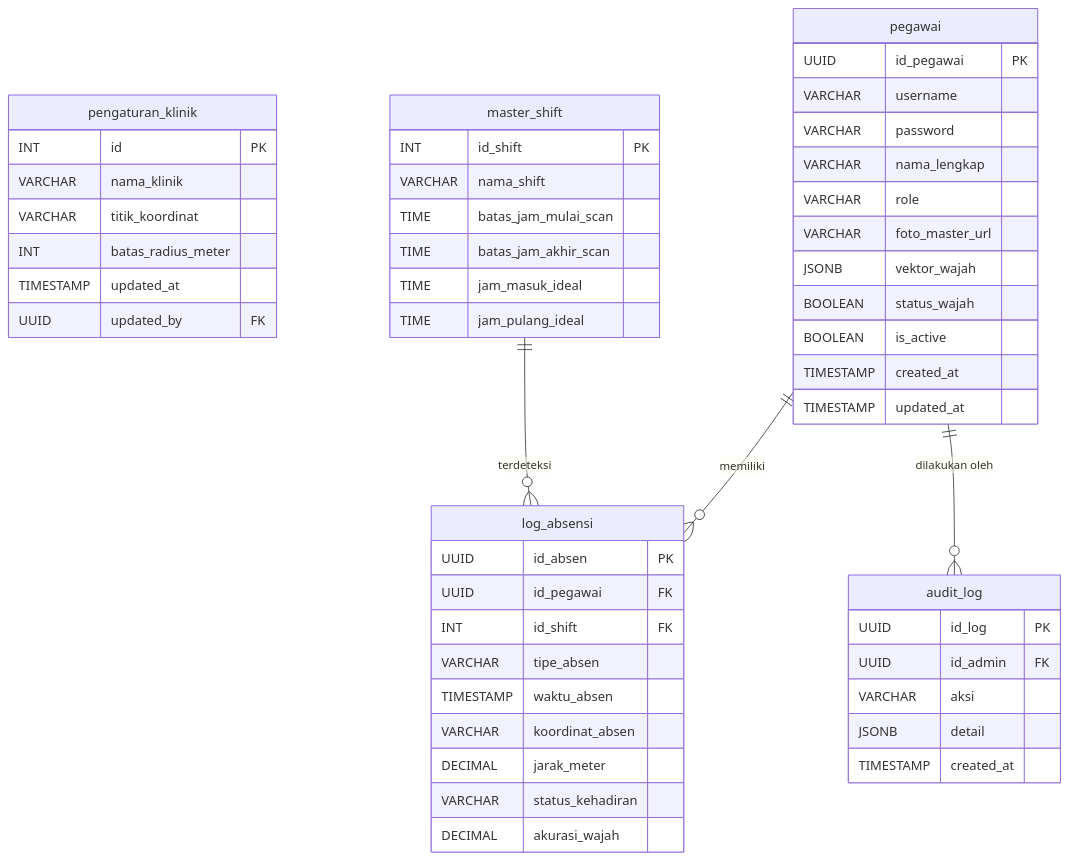
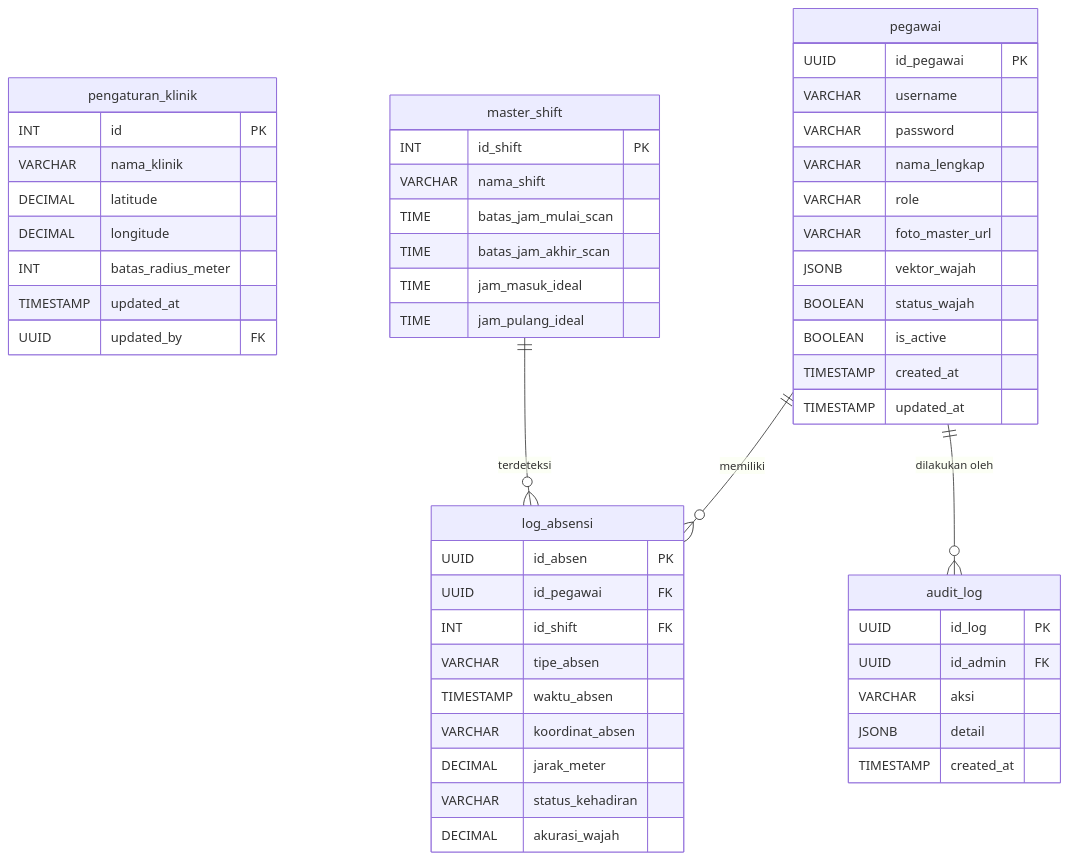
The third of 3 diagrams in prd.md (naufaldzihninn/absensiklinik), drawn with Mermaid before and after one commit. The commit also changed other lines of this file and 68 other files, not shown here.

````diff
--- a/prd.md
+++ b/prd.md
@@ -281,58 +279,59 @@
 ```mermaid
 erDiagram
     pengaturan_klinik {
         INT id PK
         VARCHAR nama_klinik
-        VARCHAR titik_koordinat
+        DECIMAL latitude
+        DECIMAL longitude
         INT batas_radius_meter
         TIMESTAMP updated_at
         UUID updated_by FK
     }
 
     master_shift {
         INT id_shift PK
         VARCHAR nama_shift
         TIME batas_jam_mulai_scan
         TIME batas_jam_akhir_scan
         TIME jam_masuk_ideal
         TIME jam_pulang_ideal
     }
 
     pegawai {
         UUID id_pegawai PK
         VARCHAR username
         VARCHAR password
         VARCHAR nama_lengkap
         VARCHAR role
         VARCHAR foto_master_url
         JSONB vektor_wajah
         BOOLEAN status_wajah
         BOOLEAN is_active
         TIMESTAMP created_at
         TIMESTAMP updated_at
     }
 
     log_absensi {
         UUID id_absen PK
         UUID id_pegawai FK
         INT id_shift FK
         VARCHAR tipe_absen
         TIMESTAMP waktu_absen
         VARCHAR koordinat_absen
         DECIMAL jarak_meter
         VARCHAR status_kehadiran
         DECIMAL akurasi_wajah
     }
 
     audit_log {
         UUID id_log PK
         UUID id_admin FK
         VARCHAR aksi
         JSONB detail
         TIMESTAMP created_at
     }
 
     pegawai ||--o{ log_absensi : "memiliki"
     master_shift ||--o{ log_absensi : "terdeteksi"
     pegawai ||--o{ audit_log : "dilakukan oleh"
 ```
````
